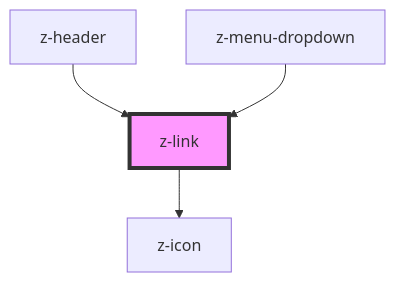
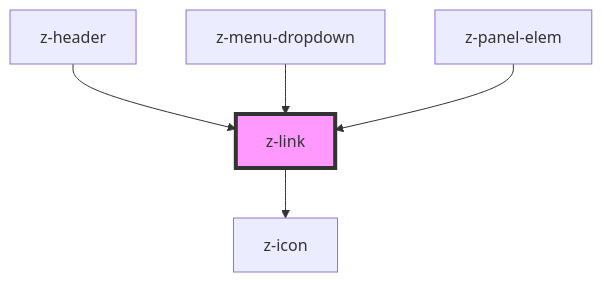
One commit to ZanichelliEditore/design-system changed the diagram in web-components-library/src/components/z-link/readme.md. Above: the diagram before and after it, drawn with Mermaid. The commit also changed other lines of this file and 6 other files, not shown here.

````diff
--- a/web-components-library/src/components/z-link/readme.md
+++ b/web-components-library/src/components/z-link/readme.md
@@ -40,7 +41,8 @@
 ```mermaid
 graph TD;
   z-link --> z-icon
   z-header --> z-link
   z-menu-dropdown --> z-link
+  z-panel-elem --> z-link
   style z-link fill:#f9f,stroke:#333,stroke-width:4px
 ```
````
